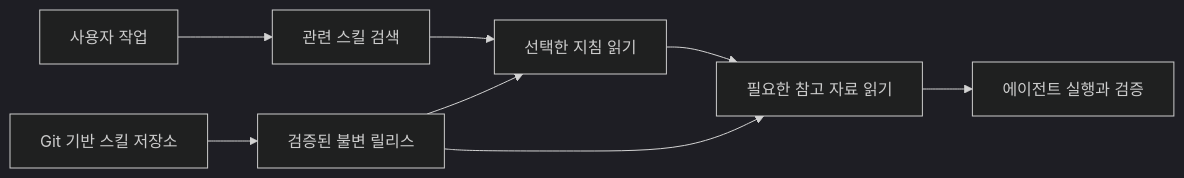
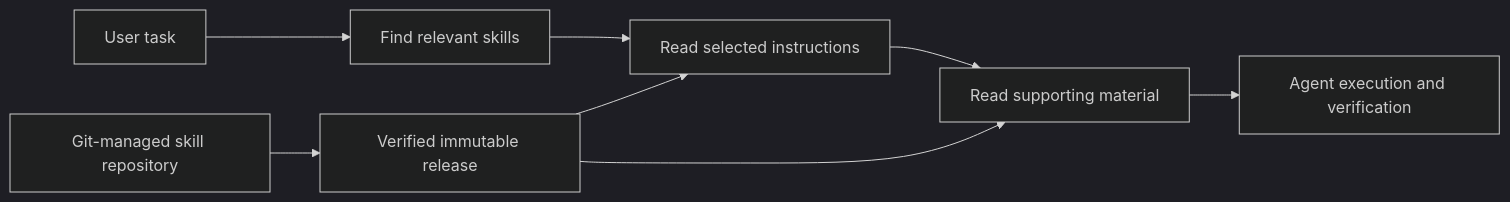
Before and after one commit to changeroa/skillar: the diagram in README.md, drawn with Mermaid (dark theme). The commit also changed other lines of this file, not shown here.

````diff
--- a/README.md
+++ b/README.md
@@ -44,10 +45,10 @@
 ```mermaid
 flowchart LR
-    A[사용자 작업] --> B[관련 스킬 검색]
-    B --> C[선택한 지침 읽기]
-    C --> D[필요한 참고 자료 읽기]
-    D --> E[에이전트 실행과 검증]
-    G[Git 기반 스킬 저장소] --> R[검증된 불변 릴리스]
+    A[User task] --> B[Find relevant skills]
+    B --> C[Read selected instructions]
+    C --> D[Read supporting material]
+    D --> E[Agent execution and verification]
+    G[Git-managed skill repository] --> R[Verified immutable release]
     R --> C
     R --> D
 ```
````
